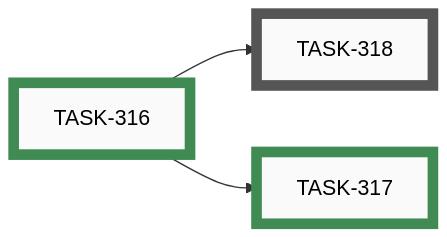
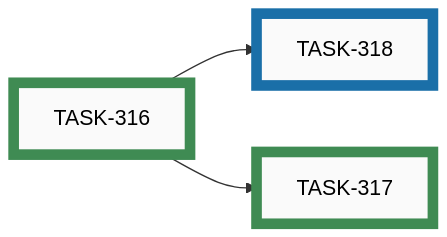
The sixth of 7 diagrams in docs/developers/tasks/EPICS.md (tgd1975/AwesomeStudioPedal), drawn with Mermaid before and after one commit. The commit also changed other lines of this file and 4 other files, not shown here.

````diff
--- a/docs/developers/tasks/EPICS.md
+++ b/docs/developers/tasks/EPICS.md
@@ -210,19 +210,19 @@
 ```mermaid
 graph LR
-    TASK_318["TASK-318"]:::open
+    TASK_318["TASK-318"]:::active
     TASK_316["TASK-316"]:::closed
     TASK_317["TASK-317"]:::closed
     TASK_316 --> TASK_318
     TASK_316 --> TASK_317
-    click TASK_318 "open/task-318-ts-task-active-branch-nag.md"
+    click TASK_318 "active/task-318-ts-task-active-branch-nag.md"
     click TASK_316 "closed/task-316-epic-branch-frontmatter-field.md"
     click TASK_317 "closed/task-317-ts-epic-new-autofill-branch.md"
     classDef open    fill:#FAFAFA,stroke:#555,stroke-width:8px,color:#000
     classDef active  fill:#FAFAFA,stroke:#1A6FA8,stroke-width:8px,color:#000
     classDef closed  fill:#FAFAFA,stroke:#3F8B53,stroke-width:8px,color:#000
     classDef paused  fill:#FAFAFA,stroke:#B07810,stroke-width:8px,color:#000
     classDef openExt    fill:#000,stroke:#888,stroke-width:8px,color:#FFF
     classDef activeExt  fill:#000,stroke:#3FA9F5,stroke-width:8px,color:#FFF
     classDef closedExt  fill:#000,stroke:#7CC68A,stroke-width:8px,color:#FFF
     classDef pausedExt  fill:#000,stroke:#F0B030,stroke-width:8px,color:#FFF
 ```
````
